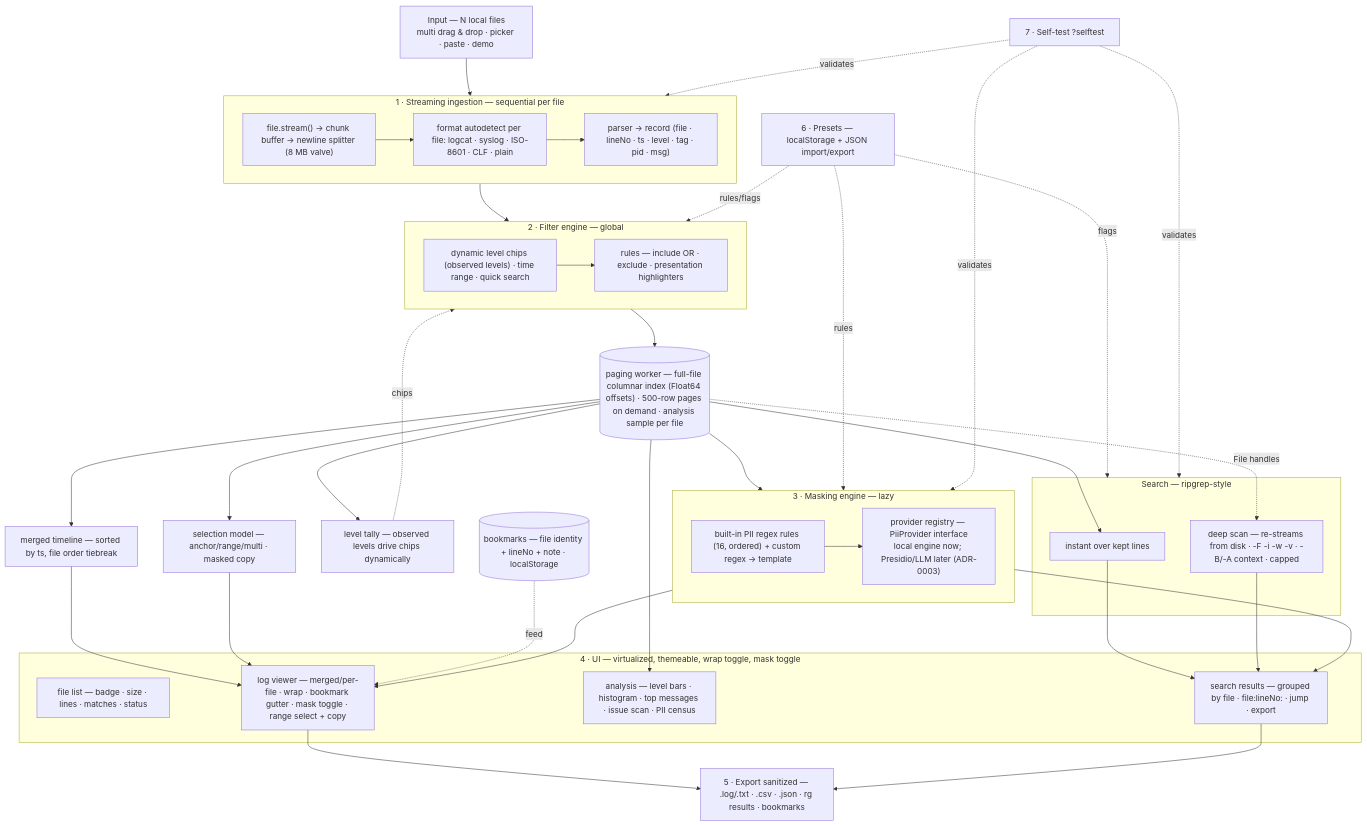
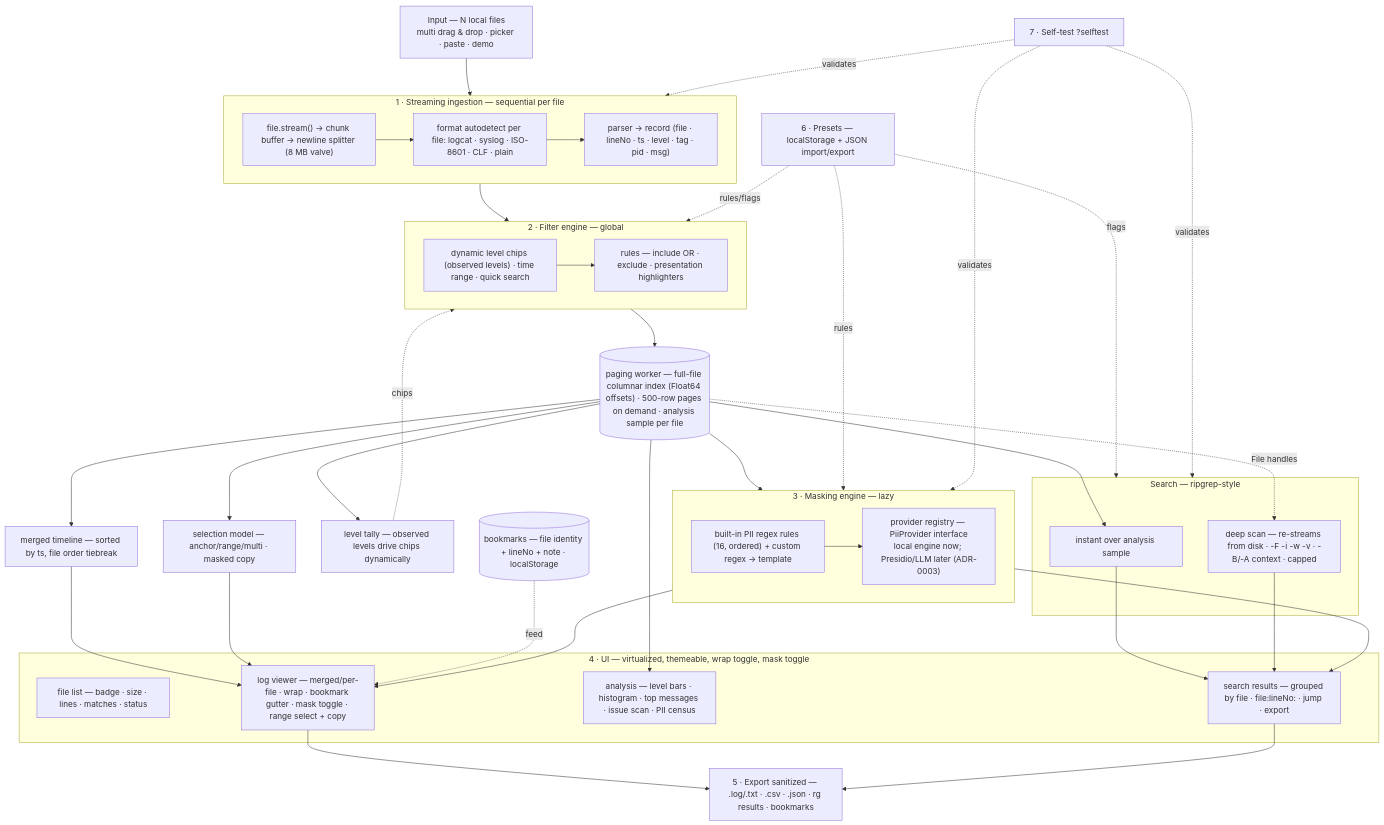
One commit to CJ-1981/log-triage changed the diagram in docs/architecture.md. Above: the diagram before and after it, drawn with Mermaid. The commit also changed other lines of this file and 3 other files, not shown here.

Commit message:
docs: purge stale kept-lines wording; cover analysis-sample scope and new UI features

````diff
--- a/docs/architecture.md
+++ b/docs/architecture.md
@@ -5,58 +5,58 @@
 ```mermaid
 flowchart TD
     IN["Input — N local files<br>multi drag & drop · picker · paste · demo"]
     subgraph S1["1 · Streaming ingestion — sequential per file"]
         A1["file.stream() → chunk buffer → newline splitter (8 MB valve)"]
         A2["format autodetect per file: logcat · syslog · ISO-8601 · CLF · plain"]
         A3["parser → record (file · lineNo · ts · level · tag · pid · msg)"]
         A1 --> A2 --> A3
     end
     subgraph S2["2 · Filter engine — global"]
         B1["dynamic level chips (observed levels) · time range · quick search"]
         B2["rules — include OR · exclude · presentation highlighters"]
         B1 --> B2
     end
     STORE[("paging worker — full-file columnar index (Float64 offsets) · 500-row pages on demand · analysis sample per file")]
     LV["level tally — observed levels drive chips dynamically"]
     MERGE["merged timeline — sorted by ts, file order tiebreak"]
     subgraph S3["3 · Masking engine — lazy"]
         C1["built-in PII regex rules (16, ordered) + custom regex → template"]
         C2["provider registry — PiiProvider interface<br>local engine now; Presidio/LLM later (ADR-0003)"]
         C1 --> C2
     end
     subgraph SR["Search — ripgrep-style"]
-        R1["instant over kept lines"]
+        R1["instant over analysis sample"]
         R2["deep scan — re-streams from disk · -F -i -w -v · -B/-A context · capped"]
     end
     BM[("bookmarks — file identity + lineNo + note · localStorage")]
     SEL["selection model — anchor/range/multi · masked copy"]
     subgraph S4["4 · UI — virtualized, themeable, wrap toggle, mask toggle"]
         D0["file list — badge · size · lines · matches · status"]
         D1["log viewer — merged/per-file · wrap · bookmark gutter · mask toggle · range select + copy"]
         D2["analysis — level bars · histogram · top messages · issue scan · PII census"]
         D5["search results — grouped by file · file:lineNo: · jump · export"]
     end
     E1["5 · Export sanitized — .log/.txt · .csv · .json · rg results · bookmarks"]
     P["6 · Presets — localStorage + JSON import/export"]
     T["7 · Self-test ?selftest"]
     IN --> S1 --> S2 --> STORE
     STORE --> LV -. chips .-> S2
     STORE --> MERGE --> D1
     STORE --> S3 --> D1
     STORE --> SEL --> D1
     STORE --> R1
     STORE -. File handles .-> R2
     BM -. feed .-> D1
     S3 --> D5
     R1 --> D5
     R2 --> D5
     STORE --> D2
     D1 --> E1
     D5 --> E1
     P -. rules/flags .-> S2
     P -. rules .-> S3
     P -. flags .-> SR
     T -. validates .-> S1
     T -. validates .-> S3
     T -. validates .-> SR
 ```
````
